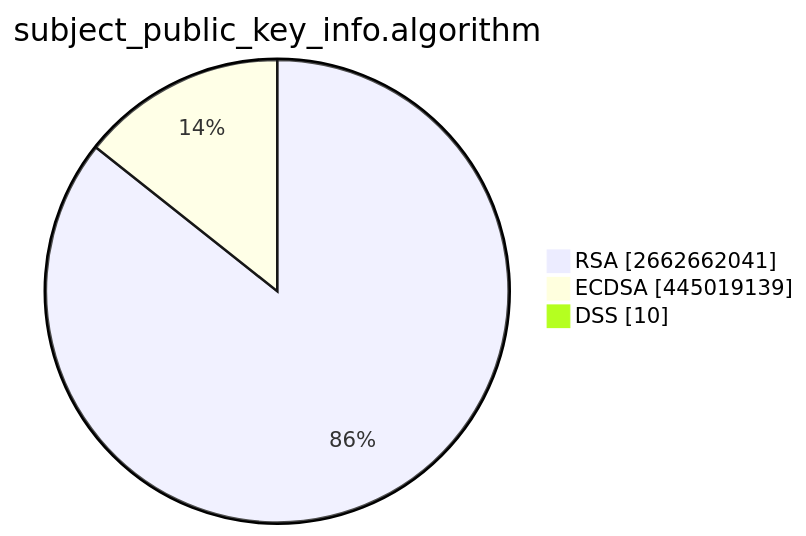
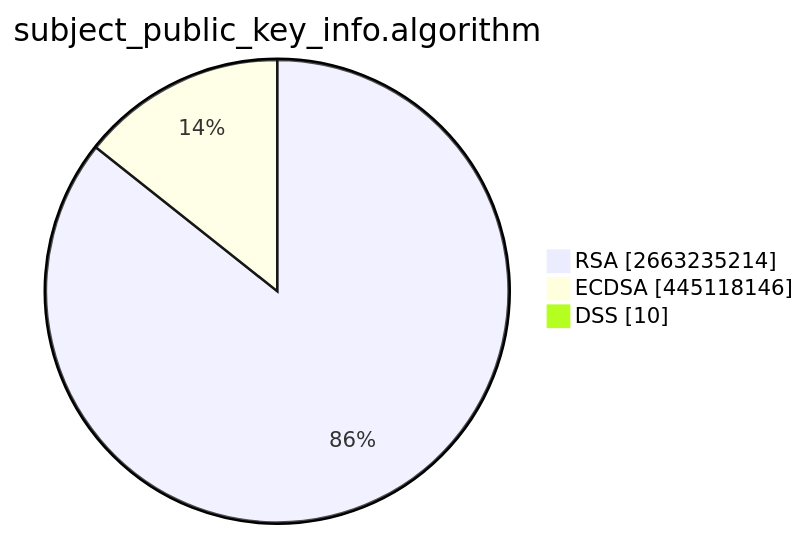
One commit to christiankrug/ctmonitor_visualization changed the second of 15 diagrams in TOTAL/README.md. Above: the diagram before and after it, drawn with Mermaid. The commit also changed other lines of this file, not shown here.

````diff
--- a/TOTAL/README.md
+++ b/TOTAL/README.md
@@ -6,7 +6,7 @@
 ```mermaid
 pie showData
 title subject_public_key_info.algorithm
-"RSA" :2662662041
-"ECDSA" :445019139
+"RSA" :2663235214
+"ECDSA" :445118146
 "DSS" :10
 ```
````
